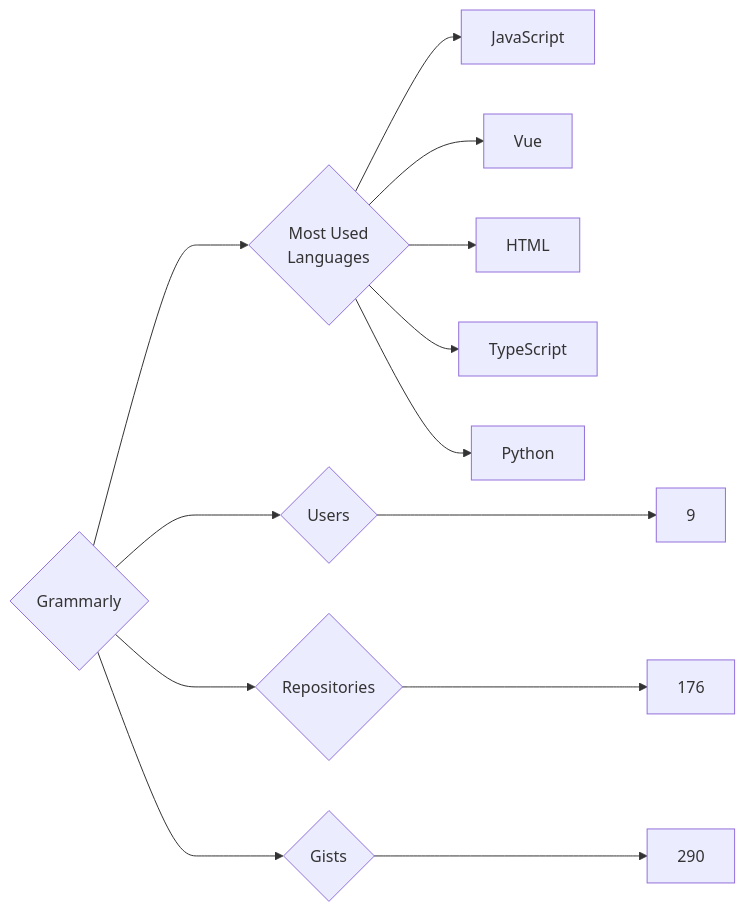
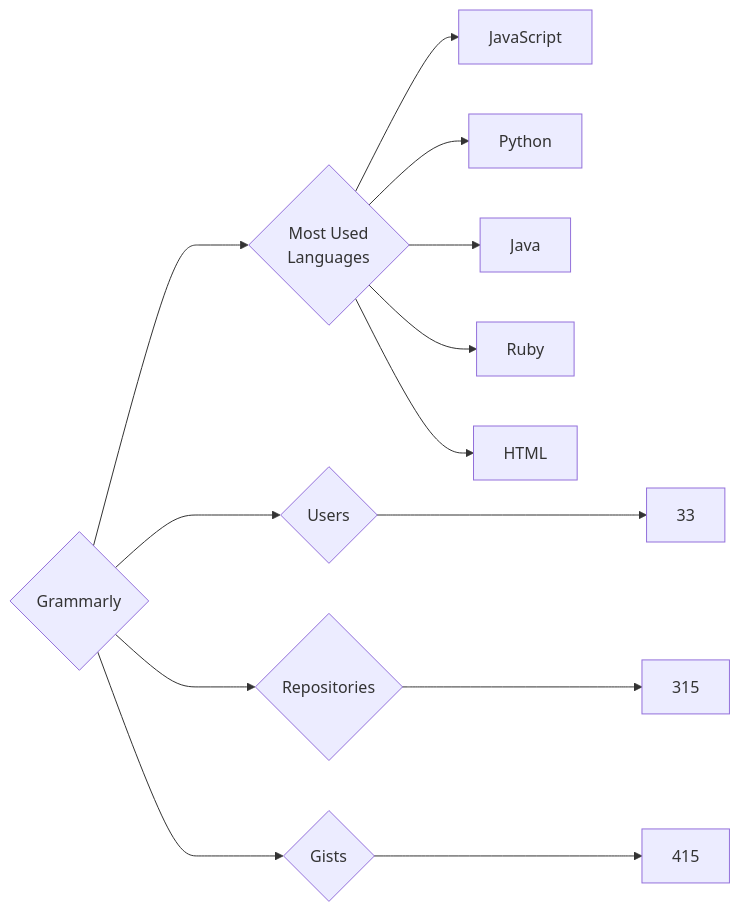
One commit to trickest/insiders changed the diagram in targets/Grammarly/README.md. Above: the diagram before and after it, drawn with Mermaid. The commit also changed 682 other files, not shown here.

````diff
--- a/targets/Grammarly/README.md
+++ b/targets/Grammarly/README.md
@@ -3,13 +3,13 @@
 ```mermaid
 graph LR
 COMPANY_NAME{Grammarly}
-COMPANY_NAME ---> U{Users} ---> UN[9]
-COMPANY_NAME ---> R{Repositories} ---> RN[176]
-COMPANY_NAME ---> G{Gists} ---> GN[290]
+COMPANY_NAME ---> U{Users} ---> UN[33]
+COMPANY_NAME ---> R{Repositories} ---> RN[315]
+COMPANY_NAME ---> G{Gists} ---> GN[415]
 COMPANY_NAME ---> ML{Most Used<br>Languages}
 ML --> JavaScript[JavaScript]
-ML --> Vue[Vue]
+ML --> Python[Python]
+ML --> Java[Java]
+ML --> Ruby[Ruby]
 ML --> HTML[HTML]
-ML --> TypeScript[TypeScript]
-ML --> Python[Python]
 ```
````
